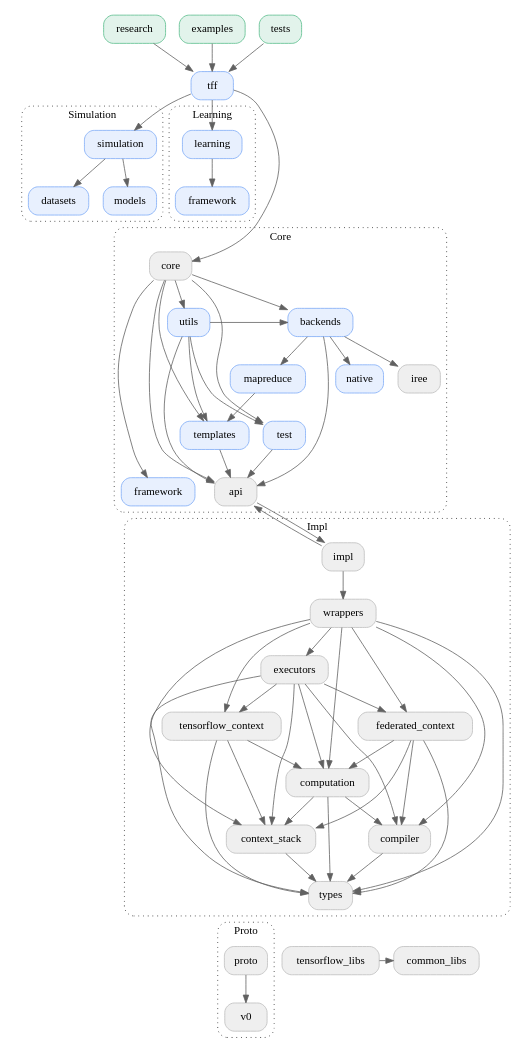
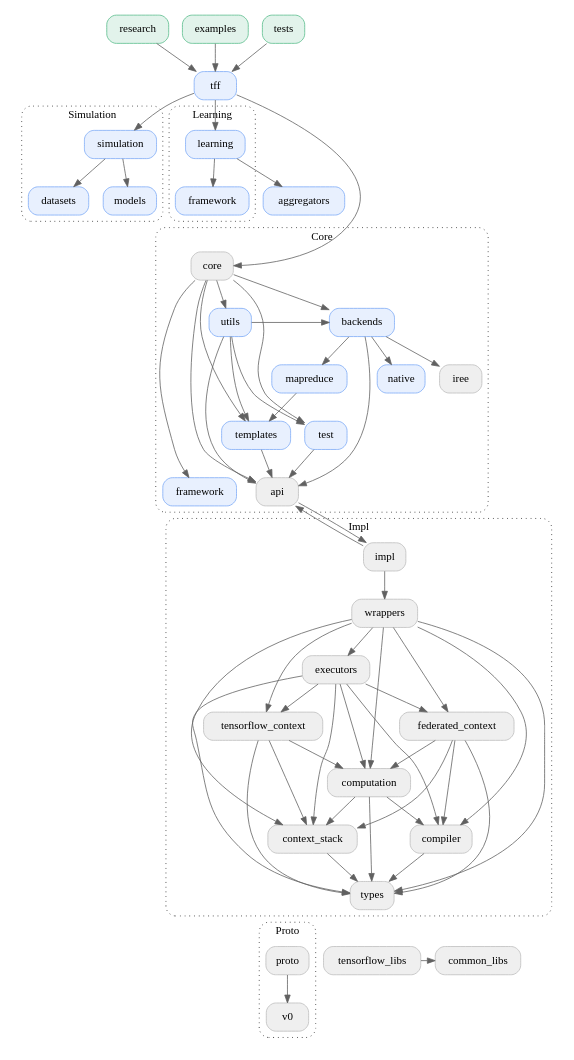
The diagram in docs/design/package_structure.dot (google-parfait/tensorflow-federated), drawn with Graphviz before and after one commit. The commit also changed 7 other files, not shown here.

Commit message:
Add a new `tff.aggregators` public API package under the `python/aggregators` directory.

```diff
--- a/docs/design/package_structure.dot
+++ b/docs/design/package_structure.dot
@@ -1,173 +1,178 @@
 digraph {
   graph [style="dotted,rounded", size="9 100"]
   node [shape="box", style="rounded,filled", fillcolor="#efefef", color="#bdbdbd"]
   edge [color="#616161"]
   newrank=true
 
   // Using TFF
   research -> tff
   examples -> tff
   tests -> tff
 
   research [href="#research" target="_parent", fillcolor="#E2F3EB", color="#57BB8A"]
   examples [href="#examples" target="_parent", fillcolor="#E2F3EB", color="#57BB8A"]
   tests [href="#tests" target="_parent", fillcolor="#E2F3EB", color="#57BB8A"]
 
   // TFF
   tff -> simulation
   tff -> learning
   tff -> core
 
   tff [href="#tff" target="_parent", fillcolor="#E8F0FE", color="#7BAAF7"]
 
   // TFF Simulation
   simulation -> simulation_datasets
   simulation -> simulation_models
   simulation_datasets -> core [arrowhead="none", style="invisible"]
   simulation_models -> core [arrowhead="none", style="invisible"]
 
   subgraph cluster_simulation {
     graph [label="Simulation", href="#tff-simulation" target="_parent"]
     simulation [href="#tff-simulation" target="_parent", fillcolor="#E8F0FE", color="#7BAAF7"]
     simulation_datasets [label="datasets", href="#tff-simulation" target="_parent", fillcolor="#E8F0FE", color="#7BAAF7"]
     simulation_models [label="models", href="#tff-simulation" target="_parent", fillcolor="#E8F0FE", color="#7BAAF7"]
   }
 
   // TFF Learning
   learning -> learning_framework
   learning_framework -> core [arrowhead="none", style="invisible"]
 
   subgraph cluster_learning {
     graph [label="Learning", href="#tff-learning" target="_parent"]
     learning [href="#tff-learning" target="_parent", fillcolor="#E8F0FE", color="#7BAAF7"]
     learning_framework [label="framework", href="#tff-learning" target="_parent", fillcolor="#E8F0FE", color="#7BAAF7"]
   }
+
+  // TFF Aggregators
+  learning -> aggregators
+  aggregators -> core [arrowhead="none", style="invisible"]
+  aggregators [href="#tff-aggregators" target="_parent", fillcolor="#E8F0FE", color="#7BAAF7"]
 
   // TFF Core
   core -> core_utils
   core -> core_backends
   core -> core_templates
   core -> core_test
   core -> core_api
   core -> core_framework
   core_utils -> core_backends
   core_utils -> core_templates
   core_utils -> core_test
   core_utils -> core_api
   core_utils -> impl [arrowhead="none", style="invisible"]
   core_backends -> core_backends_mapreduce
   core_backends -> core_backends_native
   core_backends -> core_backends_iree
   core_backends -> core_api
   core_backends -> impl [arrowhead="none", style="invisible"]
   core_backends_mapreduce -> core_templates
   core_backends_mapreduce -> impl [arrowhead="none", style="invisible"]
   core_backends_native -> impl [arrowhead="none", style="invisible"]
   core_backends_iree -> impl [arrowhead="none", style="invisible"]
   core_templates -> core_api
   core_templates -> impl [arrowhead="none", style="invisible"]
   core_test -> core_api
   core_test -> impl [arrowhead="none", style="invisible"]
   core_api -> impl
   core_framework -> impl [arrowhead="none", style="invisible"]
 
   subgraph cluster_core {
     graph [label="Core", href="#tff-core" target="_parent"]
     core [href="#tff-core" target="_parent"]
     core_utils [label="utils", href="#tff-core" target="_parent", fillcolor="#E8F0FE", color="#7BAAF7"]
     core_backends [label="backends", href="#tff-core" target="_parent", fillcolor="#E8F0FE", color="#7BAAF7"]
     core_backends_mapreduce [label="mapreduce", href="#tff-core" target="_parent", fillcolor="#E8F0FE", color="#7BAAF7"]
     core_backends_native [label="native", href="#tff-core" target="_parent", fillcolor="#E8F0FE", color="#7BAAF7"]
     core_backends_iree [label="iree", href="#tff-core" target="_parent"]
     core_templates [label="templates", href="#tff-core" target="_parent", fillcolor="#E8F0FE", color="#7BAAF7"]
     core_test [label="test", href="#tff-core" target="_parent", fillcolor="#E8F0FE", color="#7BAAF7"]
     core_api [label="api", href="#tff-core" target="_parent"]
     core_framework [label="framework", href="#tff-core" target="_parent", fillcolor="#E8F0FE", color="#7BAAF7"]
   }
 
   // TFF Impl
   impl -> core_api
   impl -> impl_wrappers
   impl_wrappers -> impl_executors
   impl_wrappers -> impl_tensorflow_context
   impl_wrappers -> impl_federated_context
   impl_wrappers -> impl_computation
   impl_wrappers -> impl_compiler
   // impl_wrappers -> impl_utils
   impl_wrappers -> impl_context_stack
   impl_wrappers -> impl_types
   impl_executors -> impl_tensorflow_context
   impl_executors -> impl_federated_context
   impl_executors -> impl_computation
   impl_executors -> impl_compiler
   // impl_executors -> impl_utils
   impl_executors -> impl_context_stack
   impl_executors -> impl_types
   impl_tensorflow_context -> impl_computation
   // impl_tensorflow_context -> impl_utils
   impl_tensorflow_context -> impl_context_stack
   impl_tensorflow_context -> impl_types
   impl_federated_context -> impl_computation
   impl_federated_context -> impl_compiler
   // impl_federated_context -> impl_utils
   impl_federated_context -> impl_context_stack
   impl_federated_context -> impl_types
   impl_computation -> impl_compiler
   // impl_computation -> impl_utils
   impl_computation -> impl_context_stack
   impl_computation -> impl_types
   impl_compiler -> impl_types
   // impl_compiler -> impl_utils
   // impl_utils -> tensorflow_libs
   // impl_utils -> impl_context_stack
   // impl_utils -> impl_types
   impl_context_stack -> impl_types
   impl_types -> proto [arrowhead="none", style="invisible"]
   impl_types -> tensorflow_libs [arrowhead="none", style="invisible"]
   impl_types -> common_libs [arrowhead="none", style="invisible"]
 
   subgraph cluster_impl {
     graph [label="Impl", href="#tff-impl" target="_parent"]
     impl [href="#tff-impl" target="_parent"]
     impl_wrappers [label="wrappers", href="#tff-impl" target="_parent"]
     impl_executors [label="executors", href="#tff-impl" target="_parent"]
     impl_tensorflow_context [label="tensorflow_context", href="#tff-impl" target="_parent"]
     impl_federated_context [label="federated_context", href="#tff-impl" target="_parent"]
     impl_computation [label="computation", href="#tff-impl" target="_parent"]
     impl_compiler [label="compiler", href="#tff-impl" target="_parent"]
     impl_context_stack [label="context_stack", href="#tff-impl" target="_parent"]
     // impl_utils [label="utils", href="#tff-impl" target="_parent"]
     impl_types [label="types", href="#tff-impl" target="_parent"]
   }
 
   // TFF Proto
   proto -> proto_v0
 
   subgraph cluster_proto {
     graph [label="Proto", href="#tff-proto" target="_parent"]
     proto [href="#tff-proto" target="_parent"]
     proto_v0 [label="v0" href="#tff-proto" target="_parent"]
   }
 
   // Other
   tensorflow_libs [href="#tff-tensorflow-libs" target="_parent"]
   common_libs [href="#tff-common-libs" target="_parent"]
   tensorflow_libs -> common_libs
 
   // Layout
   {rank=same; examples, tests, research}
   {rank=same; tff}
   {rank=same; learning, simulation}
   {rank=same; learning_framework, simulation_datasets, simulation_models}
   {rank=same; core}
   {rank=same; core_utils, core_backends}
   {rank=same; core_backends_mapreduce, core_backends_native, core_backends_iree}
   {rank=same; core_templates}
   {rank=same; core_test}
   {rank=same; core_api, core_framework}
   // {rank=same; impl}
   // {rank=same; impl_wrappers}
   // {rank=same; impl_tensorflow_context, impl_federated_context, impl_executors}
   // {rank=same; impl_compiler}
   {rank=same; proto, tensorflow_libs, common_libs}
 }
```
